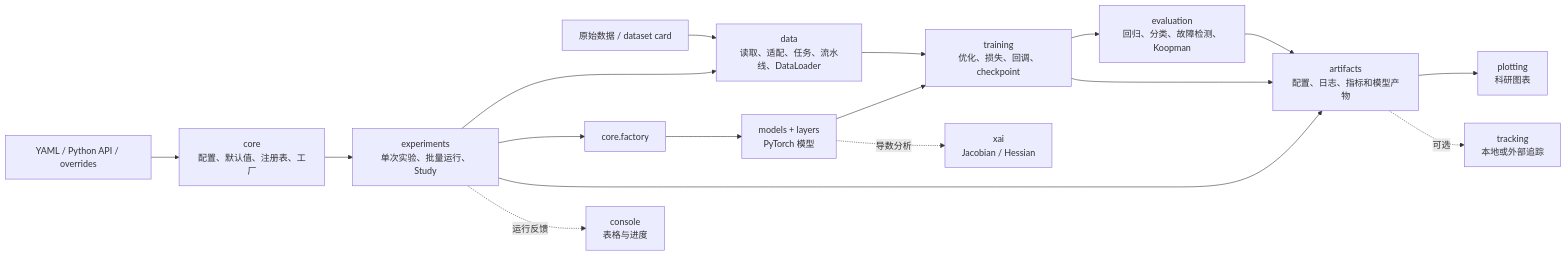
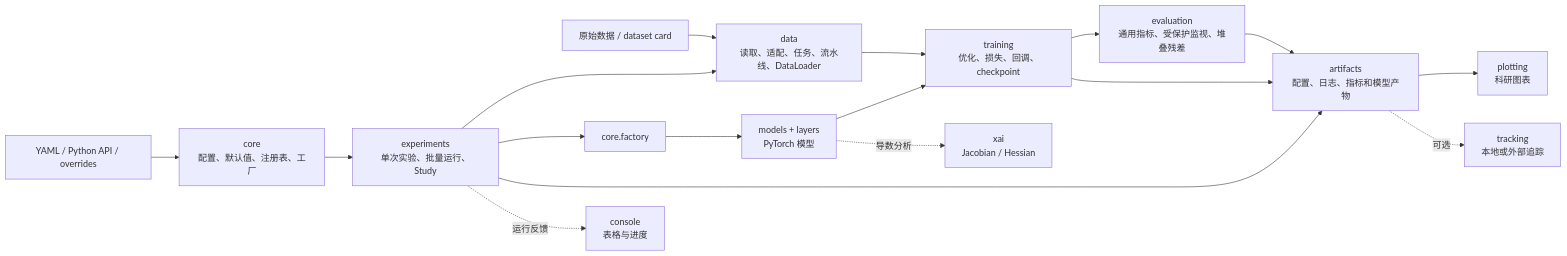
One commit to pfx43/torch-joff-ai changed the first of 3 diagrams in docs/04-技术架构.md. Above: the diagram before and after it, drawn with Mermaid. The commit also changed other lines of this file and 7 other files, not shown here.

````diff
--- a/docs/04-技术架构.md
+++ b/docs/04-技术架构.md
@@ -33,23 +33,23 @@
 ```mermaid
 flowchart LR
     U["YAML / Python API / overrides"] --> C["core<br/>配置、默认值、注册表、工厂"]
     C --> X["experiments<br/>单次实验、批量运行、Study"]
 
     S["原始数据 / dataset card"] --> D["data<br/>读取、适配、任务、流水线、DataLoader"]
     X --> D
 
     X --> F["core.factory"]
     F --> M["models + layers<br/>PyTorch 模型"]
     D --> T["training<br/>优化、损失、回调、checkpoint"]
     M --> T
 
-    T --> E["evaluation<br/>回归、分类、故障检测、Koopman"]
+    T --> E["evaluation<br/>通用指标、受保护监视、堆叠残差"]
     X --> A["artifacts<br/>配置、日志、指标和模型产物"]
     T --> A
     E --> A
 
     A --> P["plotting<br/>科研图表"]
     A -. "可选" .-> R["tracking<br/>本地或外部追踪"]
     X -. "运行反馈" .-> O["console<br/>表格与进度"]
     M -. "导数分析" .-> Z["xai<br/>Jacobian / Hessian"]
 ```
````
